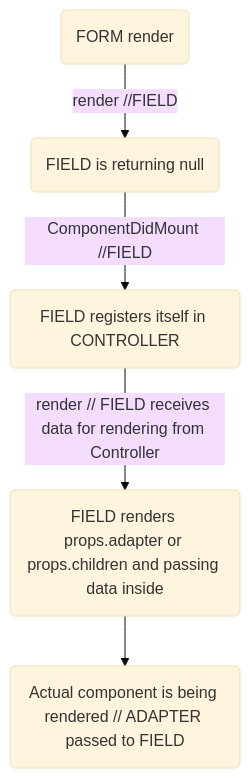
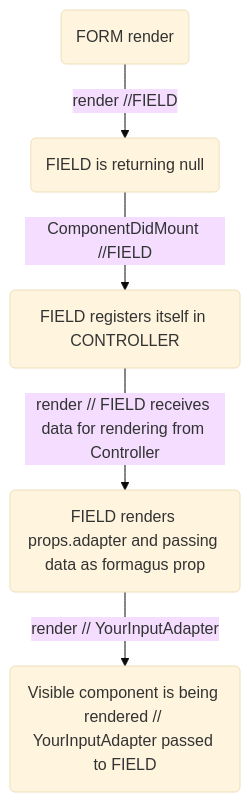
One commit to iaroslavshvets/formagus changed the diagram in packages/site/src/markdown/api/Form.md. Above: the diagram before and after it, drawn with Mermaid (base theme). The commit also changed other lines of this file, not shown here.

````diff
--- a/packages/site/src/markdown/api/Form.md
+++ b/packages/site/src/markdown/api/Form.md
@@ -4,8 +15,8 @@
 ```mermaid
 graph TD
 A(FORM render)
 A -->| render //FIELD | B(FIELD is returning null)
 B -->|ComponentDidMount //FIELD| C(FIELD registers itself in CONTROLLER)
-C --> |render // FIELD receives data for rendering from Controller| D(FIELD renders props.adapter or props.children and passing data inside)
-D --> E(Actual component is being rendered // ADAPTER passed to FIELD)
+C --> |render // FIELD receives data for rendering from Controller| D(FIELD renders props.adapter and passing data as formagus prop)
+D --> |render // YourInputAdapter | E(Visible component is being rendered // YourInputAdapter passed to FIELD)
 ```
````
